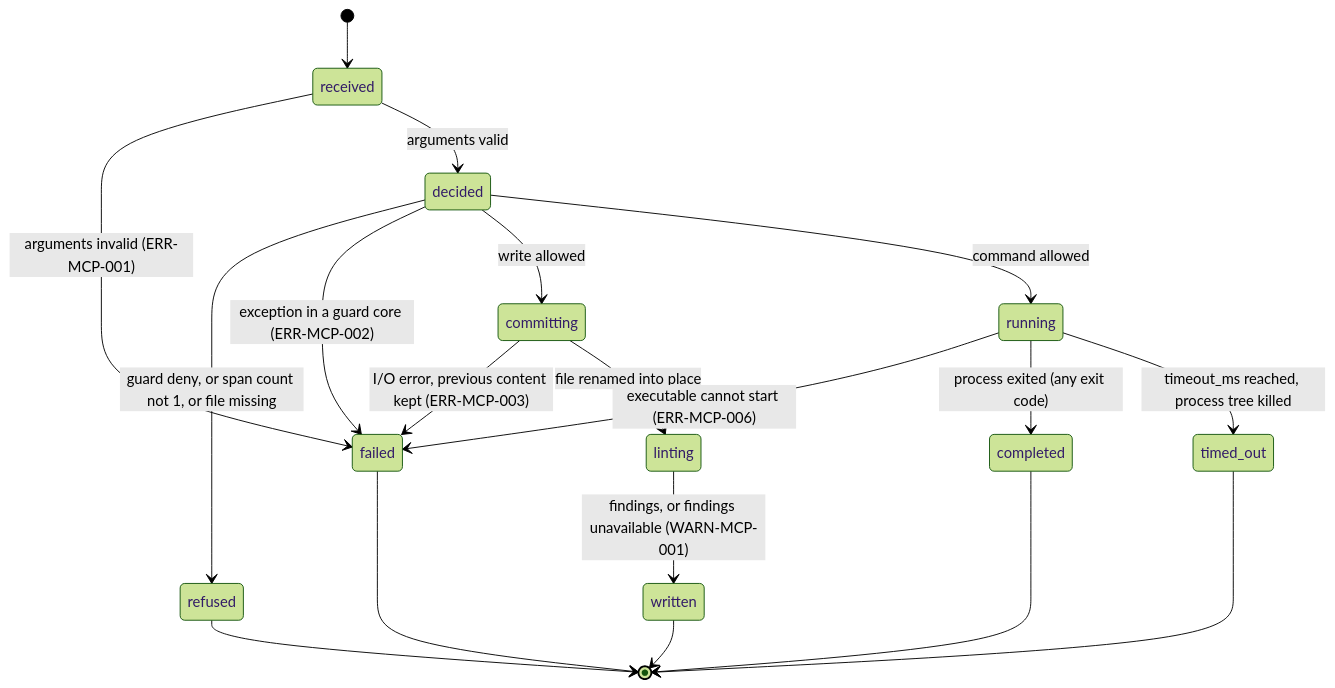
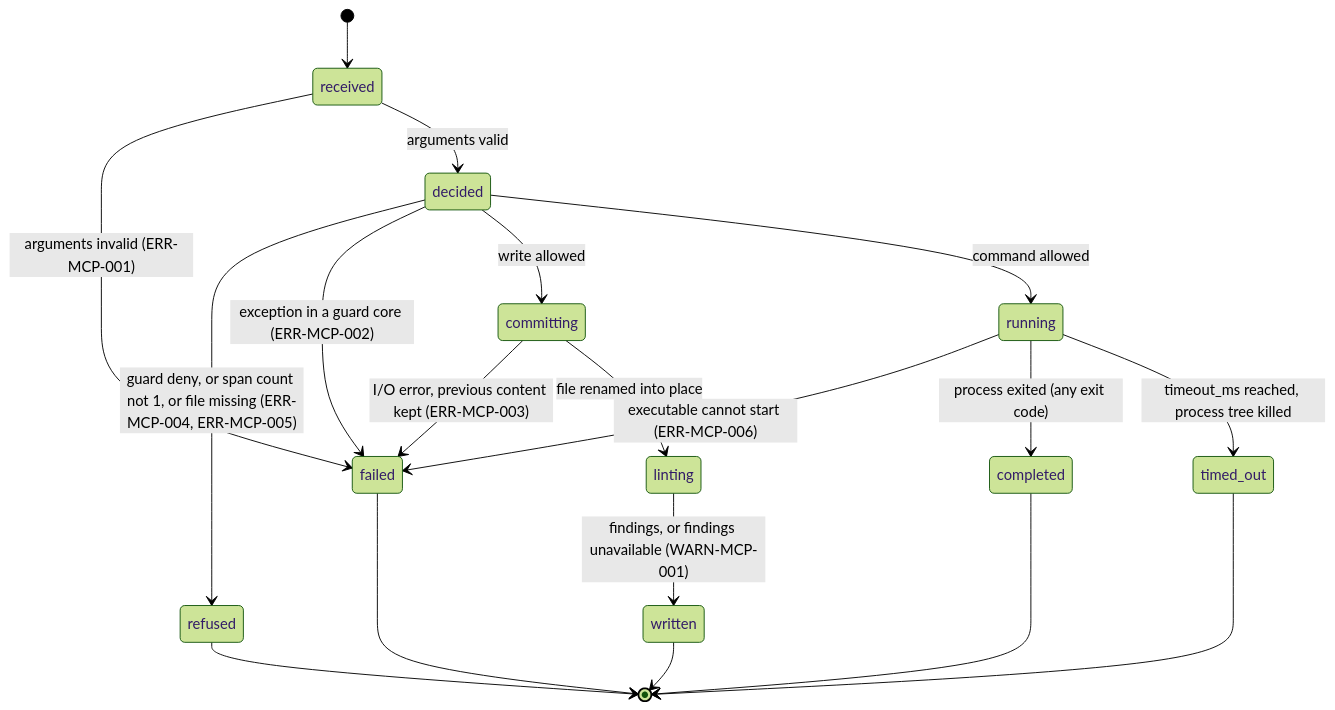
One commit to jlacube/spec-architect changed the fourth of 6 diagrams in .sdd/002-multi-platform-targets/10-spec/40-domain/state-machines.md. Above: the diagram before and after it, drawn with Mermaid (forest theme). The commit also changed other lines of this file and 20 other files, not shown here.

Commit message:
CHG-002: Spec critic fixes (architect) — 19 findings incl. CR-1 per-mechanism replay, serena command confinement, interface and check codes

````diff
--- a/.sdd/002-multi-platform-targets/10-spec/40-domain/state-machines.md
+++ b/.sdd/002-multi-platform-targets/10-spec/40-domain/state-machines.md
@@ -90,21 +90,21 @@
 ```mermaid
 stateDiagram-v2
   [*] --> received
   received --> failed : arguments invalid (ERR-MCP-001)
   received --> decided : arguments valid
-  decided --> refused : guard deny, or span count not 1, or file missing
+  decided --> refused : guard deny, or span count not 1, or file missing (ERR-MCP-004, ERR-MCP-005)
   decided --> failed : exception in a guard core (ERR-MCP-002)
   decided --> committing : write allowed
   committing --> failed : I/O error, previous content kept (ERR-MCP-003)
   committing --> linting : file renamed into place
   linting --> written : findings, or findings unavailable (WARN-MCP-001)
   decided --> running : command allowed
   running --> failed : executable cannot start (ERR-MCP-006)
   running --> completed : process exited (any exit code)
   running --> timed_out : timeout_ms reached, process tree killed
   written --> [*]
   refused --> [*]
   failed --> [*]
   completed --> [*]
   timed_out --> [*]
 ```
````
